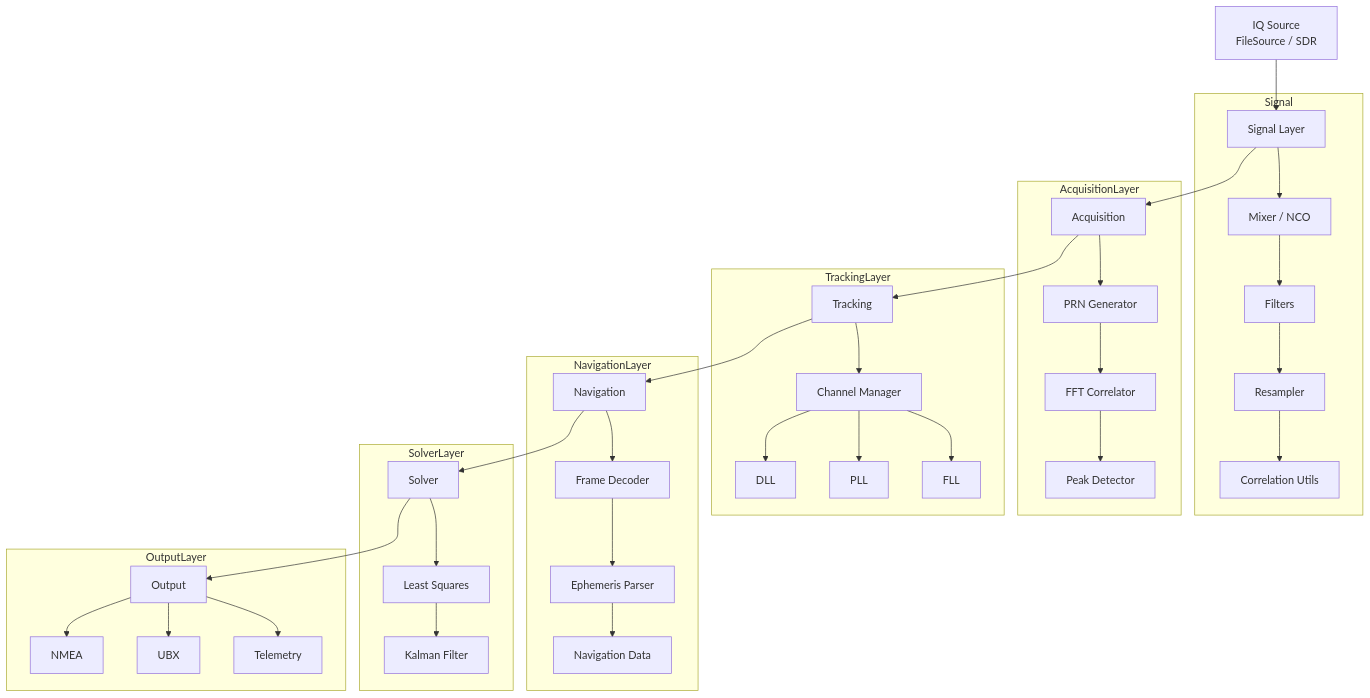
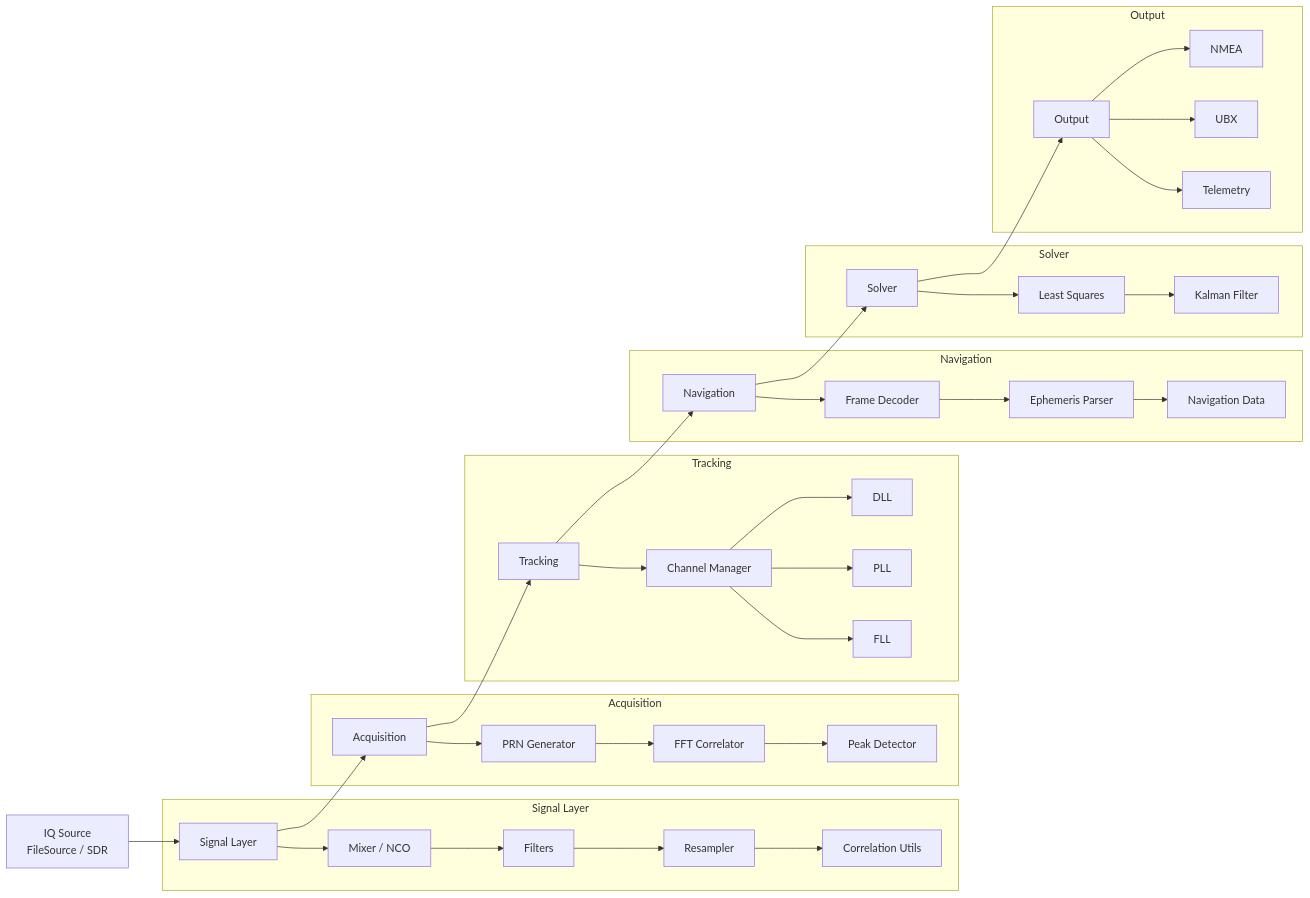
One commit to MiCkEyZzZ/glrx changed the diagram in README.md. Above: the diagram before and after it, drawn with Mermaid.

Commit message:
feat(glrx): updated readme file

````diff
--- a/README.md
+++ b/README.md
@@ -15,44 +15,35 @@
 ```mermaid
-flowchart TD
+flowchart LR
 
+%% Основные блоки слева направо
 A[IQ Source<br/>FileSource / SDR] --> B[Signal Layer]
-
 B --> C[Acquisition]
-
 C --> D[Tracking]
-
 D --> E[Navigation]
-
 E --> F[Solver]
-
 F --> G[Output]
 
-%% Signal layer internals
-subgraph Signal
+%% Signal Layer internals (горизонтально)
+subgraph SignalLayer [Signal Layer]
 B1[Mixer / NCO]
 B2[Filters]
 B3[Resampler]
 B4[Correlation Utils]
 
-B --> B1
-B1 --> B2
-B2 --> B3
-B3 --> B4
+B --> B1 --> B2 --> B3 --> B4
 end
 
 %% Acquisition internals
-subgraph AcquisitionLayer
+subgraph AcquisitionLayer [Acquisition]
 C1[PRN Generator]
 C2[FFT Correlator]
 C3[Peak Detector]
 
-C --> C1
-C1 --> C2
-C2 --> C3
+C --> C1 --> C2 --> C3
 end
 
 %% Tracking internals
-subgraph TrackingLayer
+subgraph TrackingLayer [Tracking]
 D1[DLL]
 D2[PLL]
 D3[FLL]
@@ -64,28 +55,25 @@
 D4 --> D3
 end
 
-%% Navigation
-subgraph NavigationLayer
+%% Navigation internals
+subgraph NavigationLayer [Navigation]
 E1[Frame Decoder]
 E2[Ephemeris Parser]
 E3[Navigation Data]
 
-E --> E1
-E1 --> E2
-E2 --> E3
+E --> E1 --> E2 --> E3
 end
 
-%% Solver
-subgraph SolverLayer
+%% Solver internals
+subgraph SolverLayer [Solver]
 F1[Least Squares]
 F2[Kalman Filter]
 
-F --> F1
-F1 --> F2
+F --> F1 --> F2
 end
 
-%% Output
-subgraph OutputLayer
+%% Output internals
+subgraph OutputLayer [Output]
 G1[NMEA]
 G2[UBX]
 G3[Telemetry]
````
